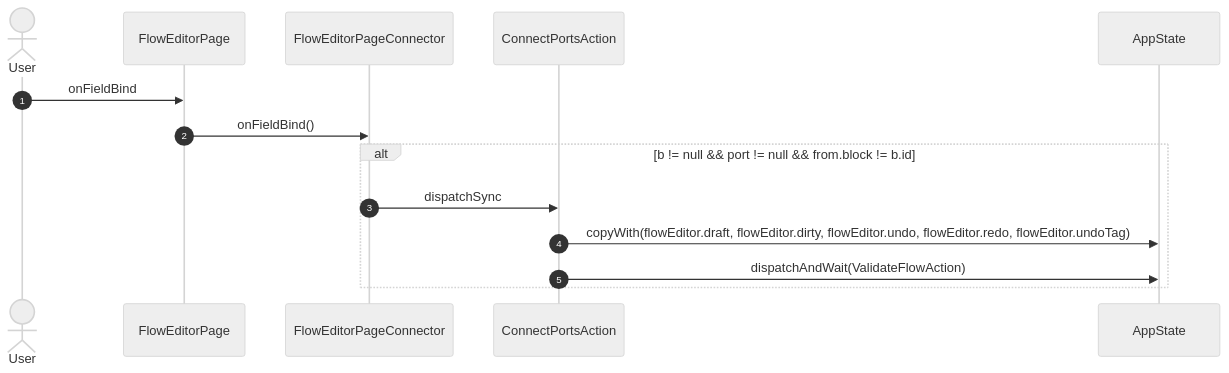
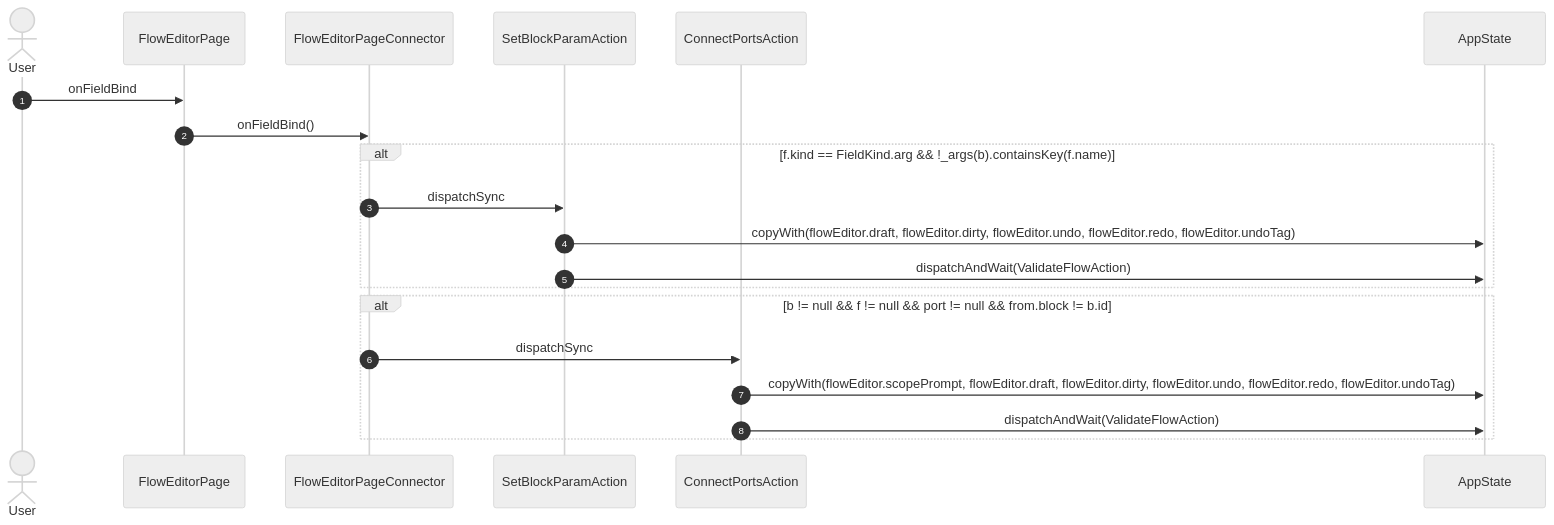
Diagram 38 of 42 in studio/docs/flows/flowEditor.md (gencto/wyrm), drawn with Mermaid (neutral theme) before and after one commit. The commit also changed other lines of this file and 7 other files, not shown here.

````diff
--- a/studio/docs/flows/flowEditor.md
+++ b/studio/docs/flows/flowEditor.md
@@ -544,17 +827,23 @@
 ```mermaid
 sequenceDiagram
     autonumber
     actor User
     participant UI as FlowEditorPage
     participant VM as FlowEditorPageConnector
-    participant A1 as ConnectPortsAction
+    participant A1 as SetBlockParamAction
+    participant A2 as ConnectPortsAction
     participant ST as AppState
 
     User->>UI: onFieldBind
     UI->>VM: onFieldBind()
-    alt b != null && port != null && from.block != b.id
+    alt f.kind == FieldKind.arg && !_args(b).containsKey(f.name)
         VM->>A1: dispatchSync
         A1->>ST: copyWith(flowEditor.draft, flowEditor.dirty, flowEditor.undo, flowEditor.redo, flowEditor.undoTag)
         A1->>ST: dispatchAndWait(ValidateFlowAction)
     end
+    alt b != null && f != null && port != null && from.block != b.id
+        VM->>A2: dispatchSync
+        A2->>ST: copyWith(flowEditor.scopePrompt, flowEditor.draft, flowEditor.dirty, flowEditor.undo, flowEditor.redo, flowEditor.undoTag)
+        A2->>ST: dispatchAndWait(ValidateFlowAction)
+    end
 ```
````
